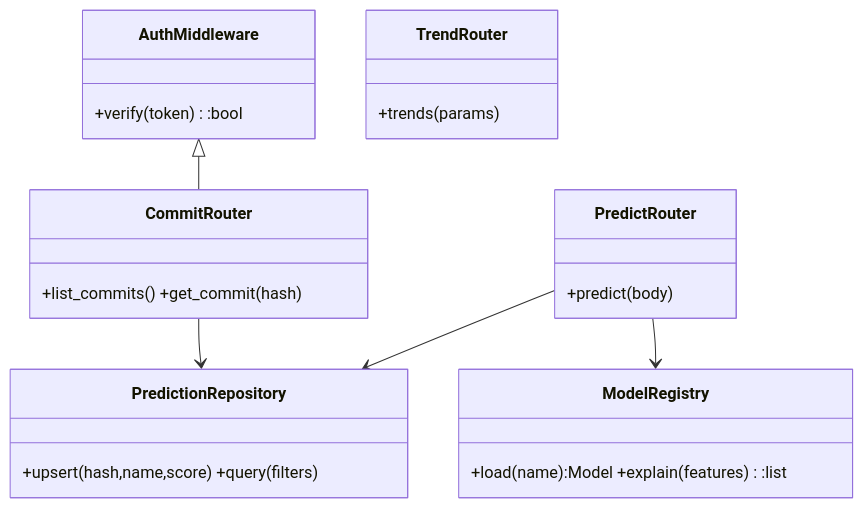
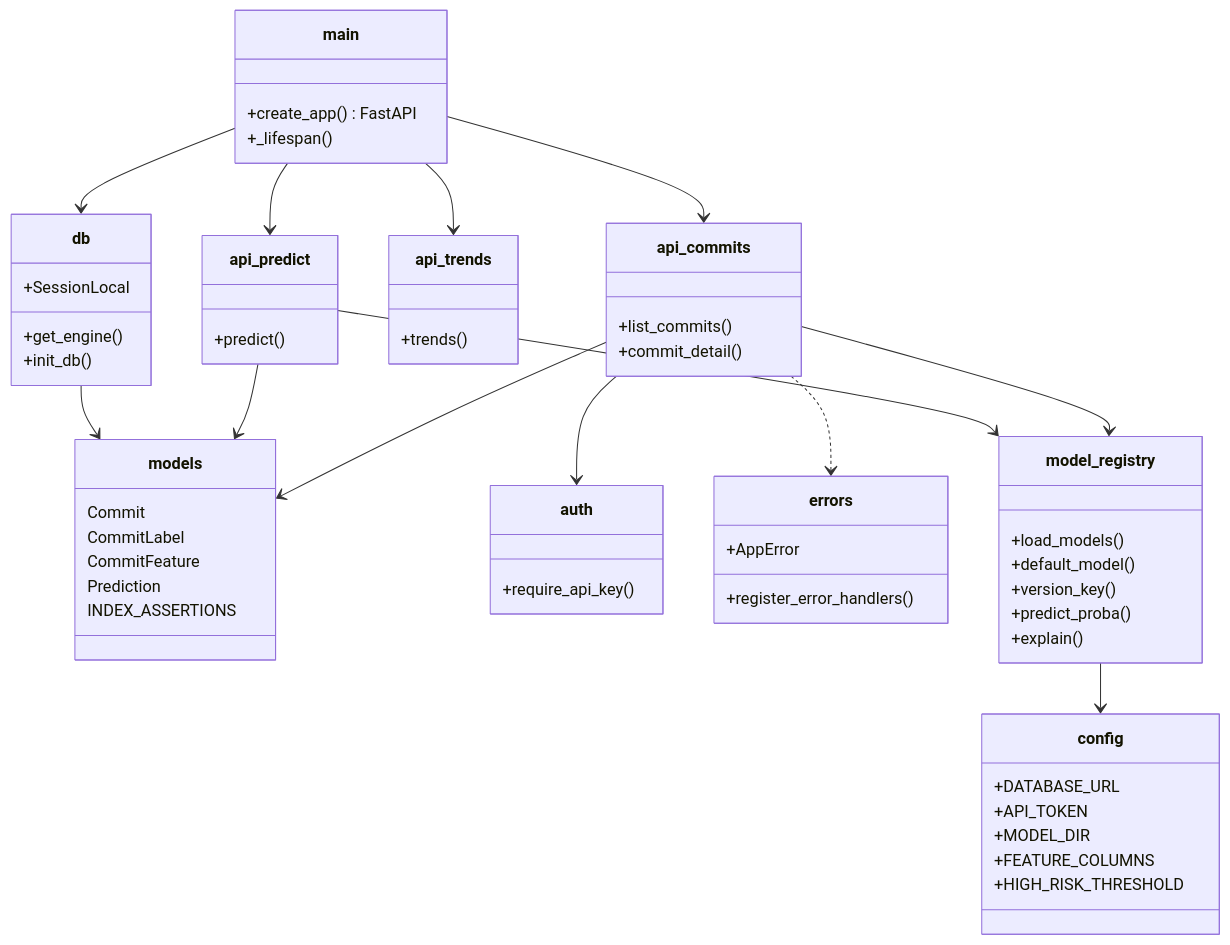
Before and after one commit to heapcluster/jit-defect-prediction: the fourth of 4 diagrams in docs/design/diagrams.md, drawn with Mermaid. The commit also changed other lines of this file, not shown here.

First line of the commit message:
docs(design): 四图唯一源码收口进 docs/design/diagrams.md（#64 审阅选项 1） (#64)

````diff
--- a/docs/design/diagrams.md
+++ b/docs/design/diagrams.md
@@ -77,13 +89,62 @@
 ```mermaid
 classDiagram
-  class AuthMiddleware { +verify(token):bool }
-  class CommitRouter { +list_commits() +get_commit(hash) }
-  class PredictRouter { +predict(body) }
-  class TrendRouter { +trends(params) }
-  class ModelRegistry { +load(name):Model +explain(features):list }
-  class PredictionRepository { +upsert(hash,name,score) +query(filters) }
-  CommitRouter --> PredictionRepository
-  PredictRouter --> ModelRegistry
-  PredictRouter --> PredictionRepository
-  AuthMiddleware <|-- CommitRouter
+    class main {
+        +create_app() FastAPI
+        +_lifespan()
+    }
+    class config {
+        +DATABASE_URL
+        +API_TOKEN
+        +MODEL_DIR
+        +FEATURE_COLUMNS
+        +HIGH_RISK_THRESHOLD
+    }
+    class db {
+        +get_engine()
+        +init_db()
+        +SessionLocal
+    }
+    class models {
+        Commit
+        CommitLabel
+        CommitFeature
+        Prediction
+        INDEX_ASSERTIONS
+    }
+    class auth {
+        +require_api_key()
+    }
+    class errors {
+        +AppError
+        +register_error_handlers()
+    }
+    class model_registry {
+        +load_models()
+        +default_model()
+        +version_key()
+        +predict_proba()
+        +explain()
+    }
+    class api_commits {
+        +list_commits()
+        +commit_detail()
+    }
+    class api_trends {
+        +trends()
+    }
+    class api_predict {
+        +predict()
+    }
+    main --> api_commits
+    main --> api_trends
+    main --> api_predict
+    main --> db
+    api_commits --> auth
+    api_commits --> models
+    api_commits --> model_registry
+    api_predict --> model_registry
+    api_predict --> models
+    model_registry --> config
+    db --> models
+    api_commits ..> errors
 ```
````
